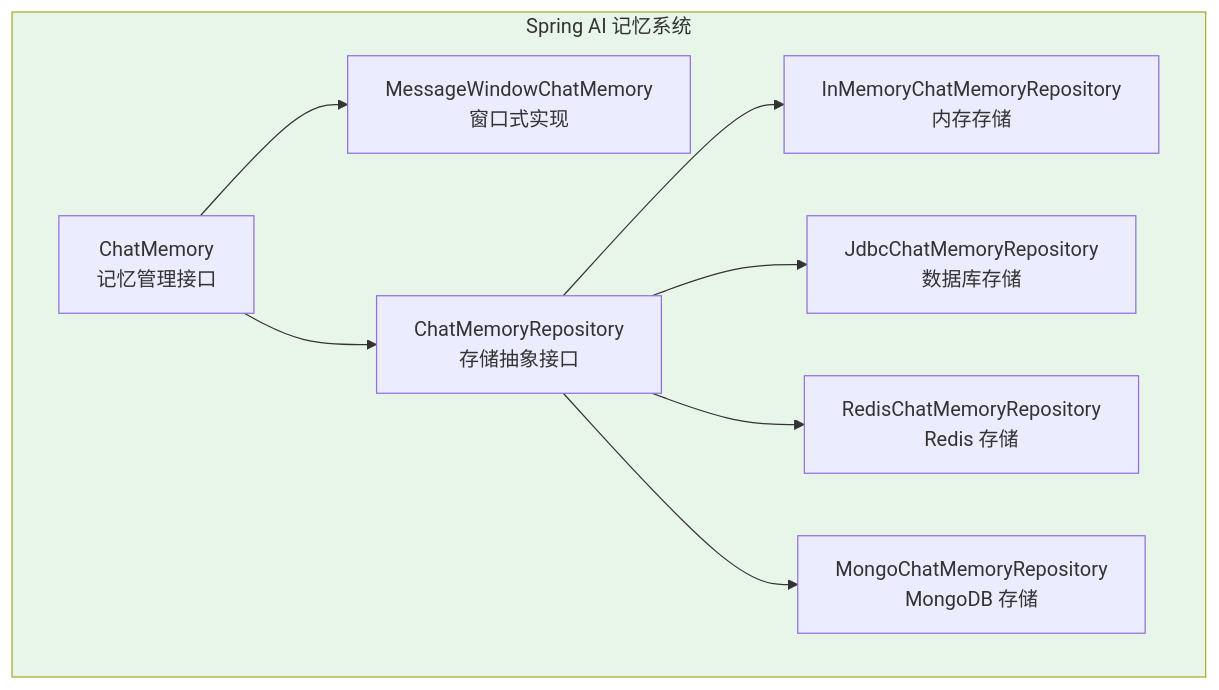
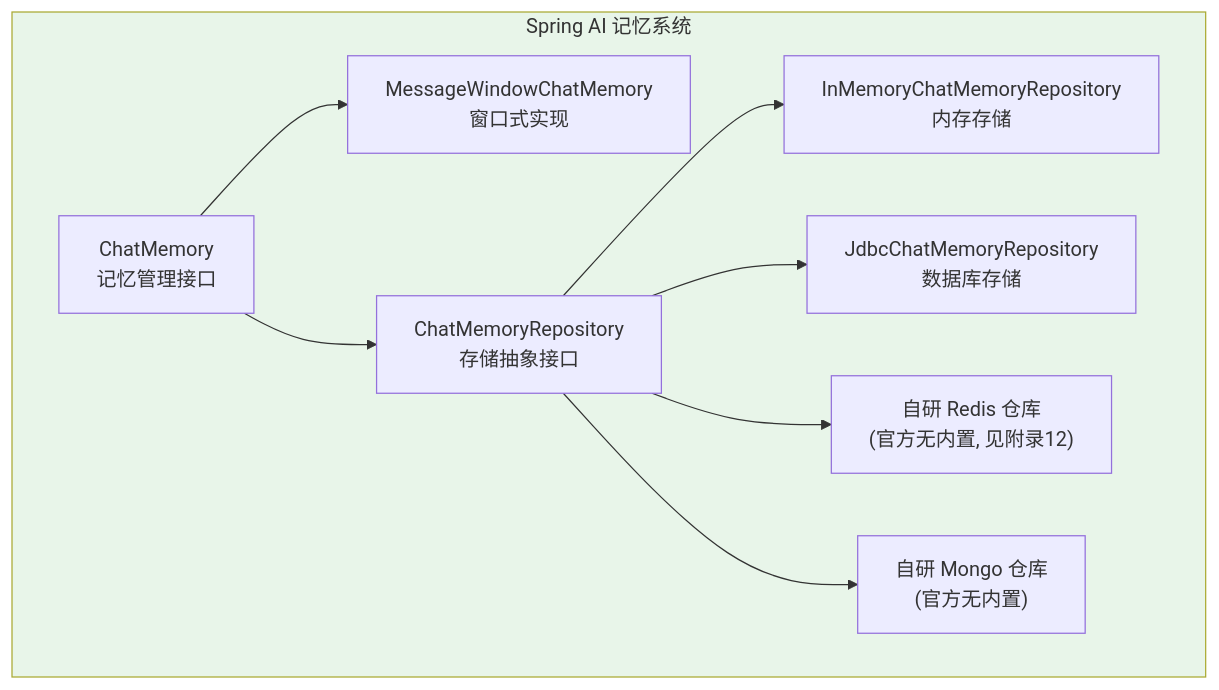
The third of 8 diagrams in docs/教程/04-记忆与会话管理.md (UranusGit/java-agent-learn), drawn with Mermaid before and after one commit. The commit also changed other lines of this file and 206 other files, not shown here.

````diff
--- a/docs/教程/04-记忆与会话管理.md
+++ b/docs/教程/04-记忆与会话管理.md
@@ -59,15 +59,15 @@
 ```mermaid
 graph TB
     subgraph 记忆系统["Spring AI 记忆系统"]
         CM["ChatMemory<br/>记忆管理接口"]
         --> MWC["MessageWindowChatMemory<br/>窗口式实现"]
         
         CM --> CMR["ChatMemoryRepository<br/>存储抽象接口"]
         CMR --> IMR["InMemoryChatMemoryRepository<br/>内存存储"]
         CMR --> JMR["JdbcChatMemoryRepository<br/>数据库存储"]
-        CMR --> RMR["RedisChatMemoryRepository<br/>Redis 存储"]
-        CMR --> MMR["MongoChatMemoryRepository<br/>MongoDB 存储"]
+        CMR --> RMR["自研 Redis 仓库<br/>(官方无内置, 见附录12)"]
+        CMR --> MMR["自研 Mongo 仓库<br/>(官方无内置)"]
     end
 
     style 记忆系统 fill:#e8f5e9
 ```
````
